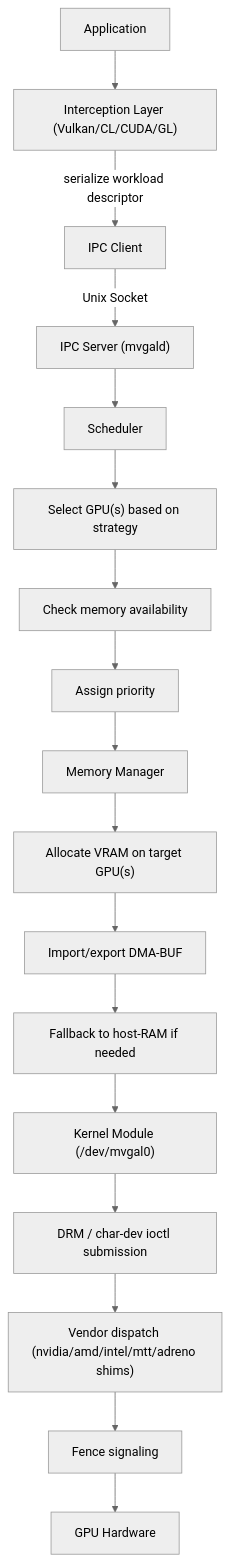
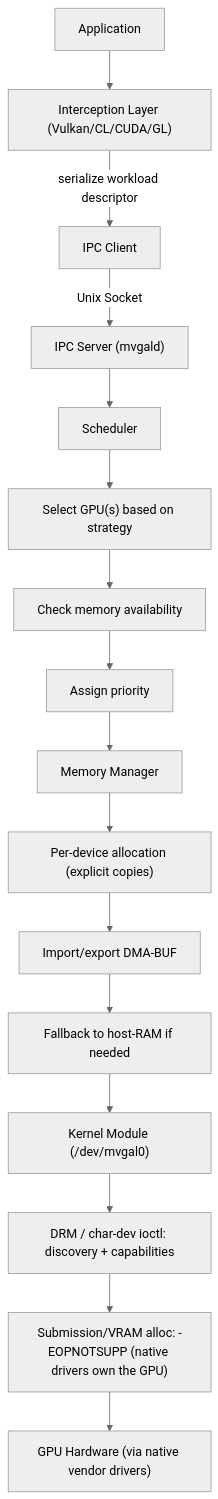
The diagram in docs/DESIGN.md (TheCreateGM/mvgal-docs), drawn with Mermaid (neutral theme) before and after one commit. The commit also changed other lines of this file and 61 other files, not shown here.

````diff
--- a/docs/DESIGN.md
+++ b/docs/DESIGN.md
@@ -182,19 +182,18 @@
 ```mermaid
 flowchart TD
     App["Application"] --> IL["Interception Layer (Vulkan/CL/CUDA/GL)"]
     IL -->|"serialize workload descriptor"| IPC["IPC Client"]
     IPC -->|"Unix Socket"| SRV["IPC Server (mvgald)"]
     SRV --> SCH["Scheduler"]
     SCH --> SCH1["Select GPU(s) based on strategy"]
     SCH1 --> SCH2["Check memory availability"]
     SCH2 --> SCH3["Assign priority"]
     SCH3 --> MM["Memory Manager"]
-    MM --> MM1["Allocate VRAM on target GPU(s)"]
+    MM --> MM1["Per-device allocation (explicit copies)"]
     MM1 --> MM2["Import/export DMA-BUF"]
     MM2 --> MM3["Fallback to host-RAM if needed"]
     MM3 --> KM["Kernel Module (/dev/mvgal0)"]
-    KM --> KM1["DRM / char-dev ioctl submission"]
-    KM1 --> KM2["Vendor dispatch (nvidia/amd/intel/mtt/adreno shims)"]
-    KM2 --> KM3["Fence signaling"]
-    KM3 --> HW["GPU Hardware"]
+    KM --> KM1["DRM / char-dev ioctl: discovery + capabilities"]
+    KM1 --> KM2["Submission/VRAM alloc: -EOPNOTSUPP (native drivers own the GPU)"]
+    KM2 --> HW["GPU Hardware (via native vendor drivers)"]
 ```
````
